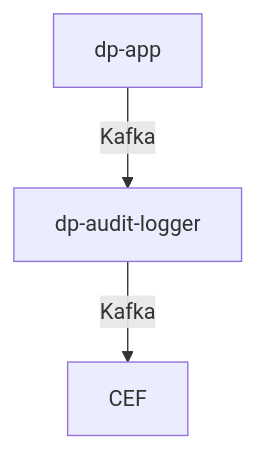
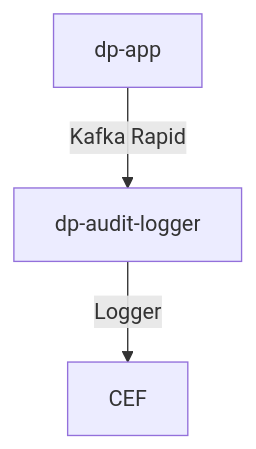
One commit to navikt/dp-audit-logger changed the diagram in README.md. Above: the diagram before and after it, drawn with Mermaid. The commit also changed 3 other files, not shown here.

````diff
--- a/README.md
+++ b/README.md
@@ -30,5 +30,5 @@
 ```mermaid
 graph TD
-    A[dp-app] -->|Kafka| B[dp-audit-logger]
-    B -->|Kafka| C[CEF]
+    A[dp-app] -->|Kafka Rapid| B[dp-audit-logger]
+    B -->|Logger| C[CEF]
 ```
````
